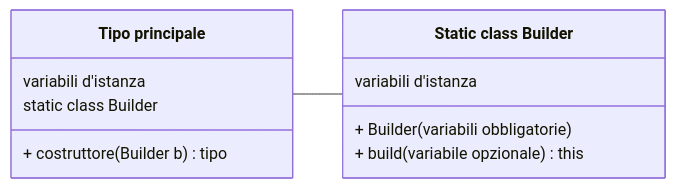
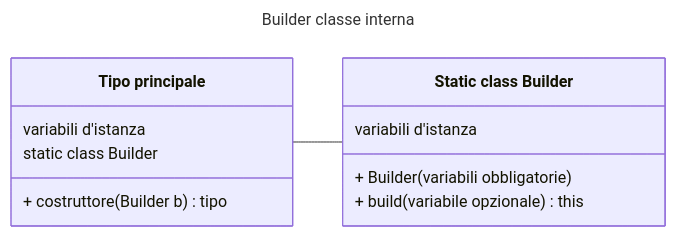
The second of 7 diagrams in universita/oop.md (comarandr/comarandr.github.io), drawn with Mermaid before and after one commit. The commit also changed other lines of this file, not shown here.

````diff
--- a/universita/oop.md
+++ b/universita/oop.md
@@ -639,17 +649,20 @@
 ```mermaid
+---
+title: Builder classe interna
+---
 classDiagram
     direction LR
     class `Tipo principale`{
         variabili d'istanza
         static class Builder
         + costruttore(Builder b) tipo
     }
 
     class `Static class Builder`{
         variabili d'istanza
         + Builder (variabili obbligatorie)
         + build(variabile opzionale) this
     }
 
     `Tipo principale` -- `Static class Builder`
 ```
````
